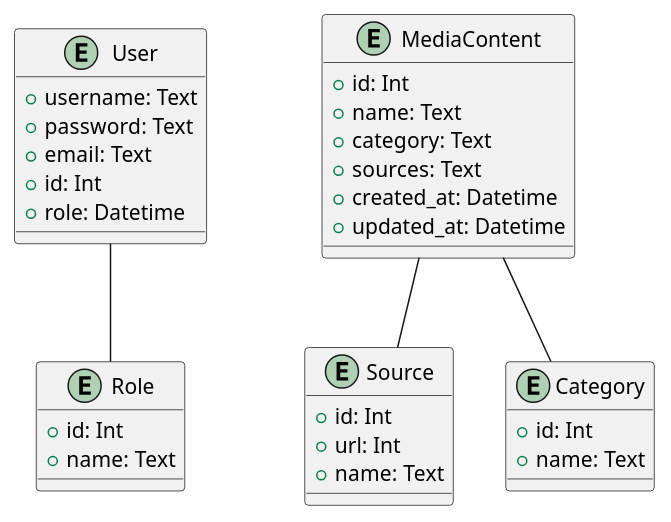
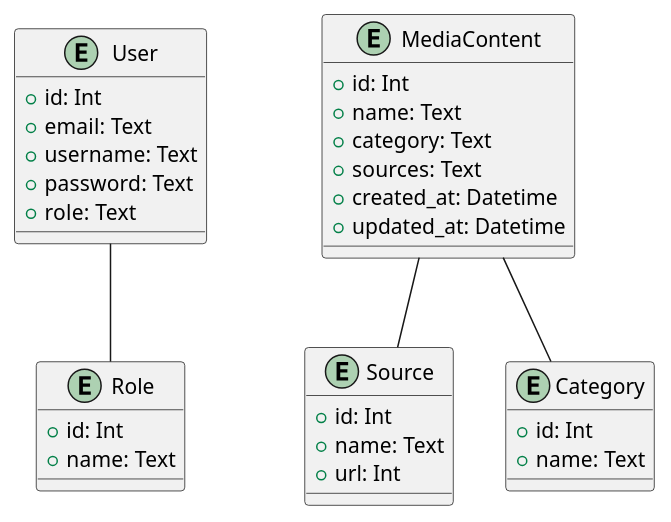
One commit to ypapish/database-course-work changed the second of 2 diagrams in docs/ua/design/index.md. Above: the diagram before and after it, drawn with PlantUML.

Commit message:
correct ER-model

```diff
--- a/docs/ua/design/index.md
+++ b/docs/ua/design/index.md
@@ -66,40 +66,40 @@
 @startuml
 
    entity "Role" {
     + id: Int 
     + name: Text
   }
   
      entity "User" {
+    + id: Int
+    + email: Text
     + username: Text
     + password: Text
-    + email: Text
-    + id: Int
-    + role: Datetime
+    + role: Text
   }
   
      entity "Source" {
     + id: Int
+    + name: Text
     + url: Int
-    + name: Text
   }
 
    entity "MediaContent" {
     + id: Int
     + name: Text
     + category: Text  
     + sources: Text
     + created_at: Datetime 
     + updated_at: Datetime 
   }
   
     entity "Category" {
     + id: Int
     + name: Text
   }
   
   User -- Role
   MediaContent -- Source
   MediaContent -- Category
 
 @enduml
```
